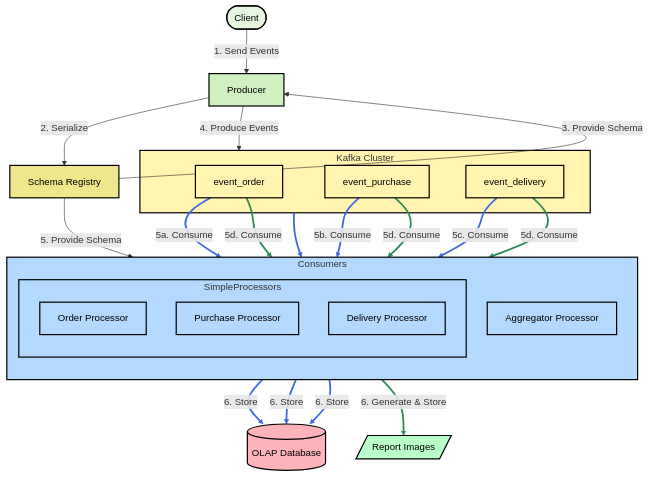
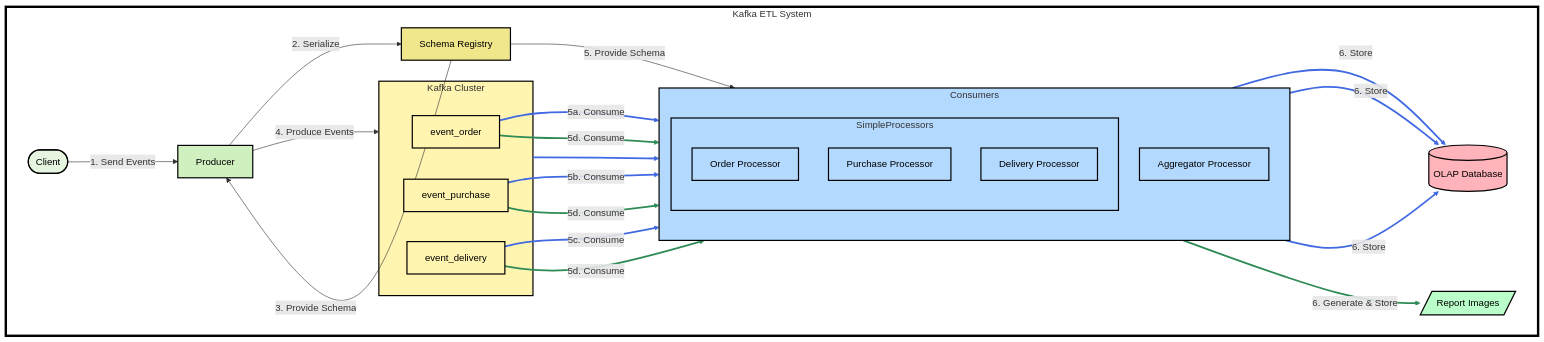
Before and after one commit to adimyth/kafka-realtime-etl: the diagram in README.md, drawn with Mermaid. The commit also changed other lines of this file, not shown here.

Commit message:
updates the flow diagram

````diff
--- a/README.md
+++ b/README.md
@@ -15,58 +14,62 @@
 ```mermaid
 flowchart TD
-    Client([Client]) -->|1. Send Events| Producer[Producer]
-    Producer -->|2. Serialize| SchemaRegistry[Schema Registry]
-    SchemaRegistry -->|3. Provide Schema| Producer
-    Producer -->|4. Produce Events| Kafka[Kafka]
+    subgraph KafkaETLSystem[Kafka ETL System]
+        Client([Client]) -->|1. Send Events| Producer[Producer]
+        Producer -->|2. Serialize| SchemaRegistry[Schema Registry]
+        SchemaRegistry -->|3. Provide Schema| Producer
+        Producer -->|4. Produce Events| Kafka[Kafka]
 
-    subgraph Kafka[Kafka Cluster]
-        Topic1[event_order]
-        Topic2[event_purchase]
-        Topic3[event_delivery]
+        subgraph Kafka[Kafka Cluster]
+            Topic1[event_order]
+            Topic2[event_purchase]
+            Topic3[event_delivery]
+        end
+
+        Kafka --> Consumers
+
+        subgraph Consumers[Consumers]
+            direction TB
+            SimpleProcessors[Simple Processors]
+            AggregatorProcessor[Aggregator Processor]
+            
+            subgraph SimpleProcessors
+                C1[Order Processor]
+                C2[Purchase Processor]
+                C3[Delivery Processor]
+            end
+        end
+
+        Topic1 -->|5a. Consume| C1
+        Topic2 -->|5b. Consume| C2
+        Topic3 -->|5c. Consume| C3
+        
+        Topic1 & Topic2 & Topic3 -->|5d. Consume| AggregatorProcessor
+
+        C1 & C2 & C3 -->|6. Store| OLAPDB[(OLAP Database)]
+        AggregatorProcessor -->|6. Generate & Store| Reports[/Report Images/]
+
+        SchemaRegistry -->|5. Provide Schema| Consumers
     end
-
-    Kafka --> Consumers
-
-    subgraph Consumers[Consumers]
-        direction TB
-        SimpleProcessors[Simple Processors]
-        AggregatorProcessor[Aggregator Processor]
-        
-        subgraph SimpleProcessors
-            C1[Order Processor]
-            C2[Purchase Processor]
-            C3[Delivery Processor]
-        end
-    end
-
-    Topic1 -->|5a. Consume| C1
-    Topic2 -->|5b. Consume| C2
-    Topic3 -->|5c. Consume| C3
-    
-    Topic1 & Topic2 & Topic3 -->|5d. Consume| AggregatorProcessor
-
-    C1 & C2 & C3 -->|6. Store| OLAPDB[(OLAP Database)]
-    AggregatorProcessor -->|6. Generate & Store| Reports[/Report Images/]
-
-    SchemaRegistry -->|5. Provide Schema| Consumers
 
     classDef default color:#000
     classDef client fill:#E5F5E0,stroke:#000,stroke-width:2px;
     classDef producer fill:#D0F0C0,stroke:#000,stroke-width:2px;
     classDef kafka fill:#FFF4B0,stroke:#000,stroke-width:2px;
     classDef consumer fill:#B3D9FF,stroke:#000,stroke-width:2px;
     classDef database fill:#FFB3BA,stroke:#000,stroke-width:2px;
     classDef registry fill:#F0E68C,stroke:#000,stroke-width:2px;
     classDef reports fill:#BAFFC9,stroke:#000,stroke-width:2px;
+    classDef system fill:#FFFFFF,stroke:#000,stroke-width:4px;
 
     class Client client;
     class Producer producer;
     class Kafka,Topic1,Topic2,Topic3 kafka;
     class Consumers,SimpleProcessors,C1,C2,C3,AggregatorProcessor consumer;
     class OLAPDB database;
     class SchemaRegistry registry;
     class Reports reports;
+    class KafkaETLSystem system;
 
     linkStyle 4,5,6,7,11,12,13 stroke:#4169E1,stroke-width:3px;
     linkStyle 8,9,10,14 stroke:#2E8B57,stroke-width:3px;
 ```
````
